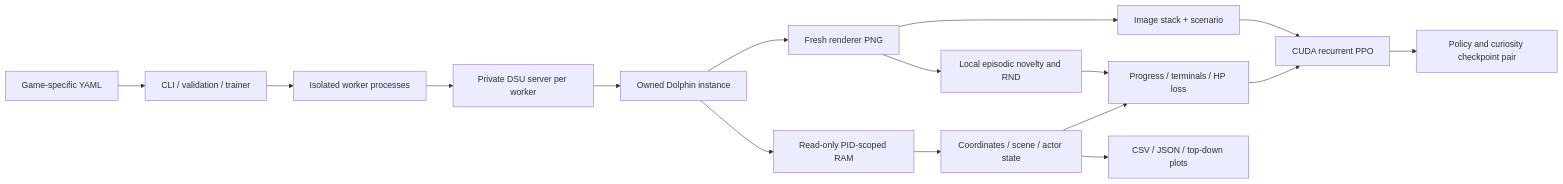
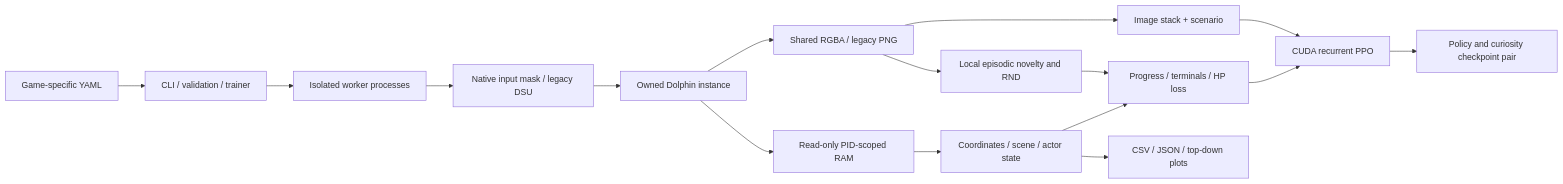
One commit to PedroM2626/smg-rl changed the diagram in docs/reproducibility.md. Above: the diagram before and after it, drawn with Mermaid. The commit also changed other lines of this file and 16 other files, not shown here.

````diff
--- a/docs/reproducibility.md
+++ b/docs/reproducibility.md
@@ -24,18 +25,18 @@
 ```mermaid
 flowchart LR
   YAML[Game-specific YAML] --> CLI[CLI / validation / trainer]
   CLI --> Workers[Isolated worker processes]
-  Workers --> DSU[Private DSU server per worker]
-  DSU --> Dolphin[Owned Dolphin instance]
-  Dolphin --> PNG[Fresh renderer PNG]
+  Workers --> Input[Native input mask / legacy DSU]
+  Input --> Dolphin[Owned Dolphin instance]
+  Dolphin --> PNG[Shared RGBA / legacy PNG]
   Dolphin --> RAM[Read-only PID-scoped RAM]
   PNG --> Obs[Image stack + scenario]
   PNG --> Novelty[Local episodic novelty and RND]
   RAM --> Telemetry[Coordinates / scene / actor state]
   Telemetry --> Reward[Progress / terminals / HP loss]
   Novelty --> Reward
   Obs --> PPO[CUDA recurrent PPO]
   Reward --> PPO
   Telemetry --> Logs[CSV / JSON / top-down plots]
   PPO --> Pair[Policy and curiosity checkpoint pair]
 ```
````
